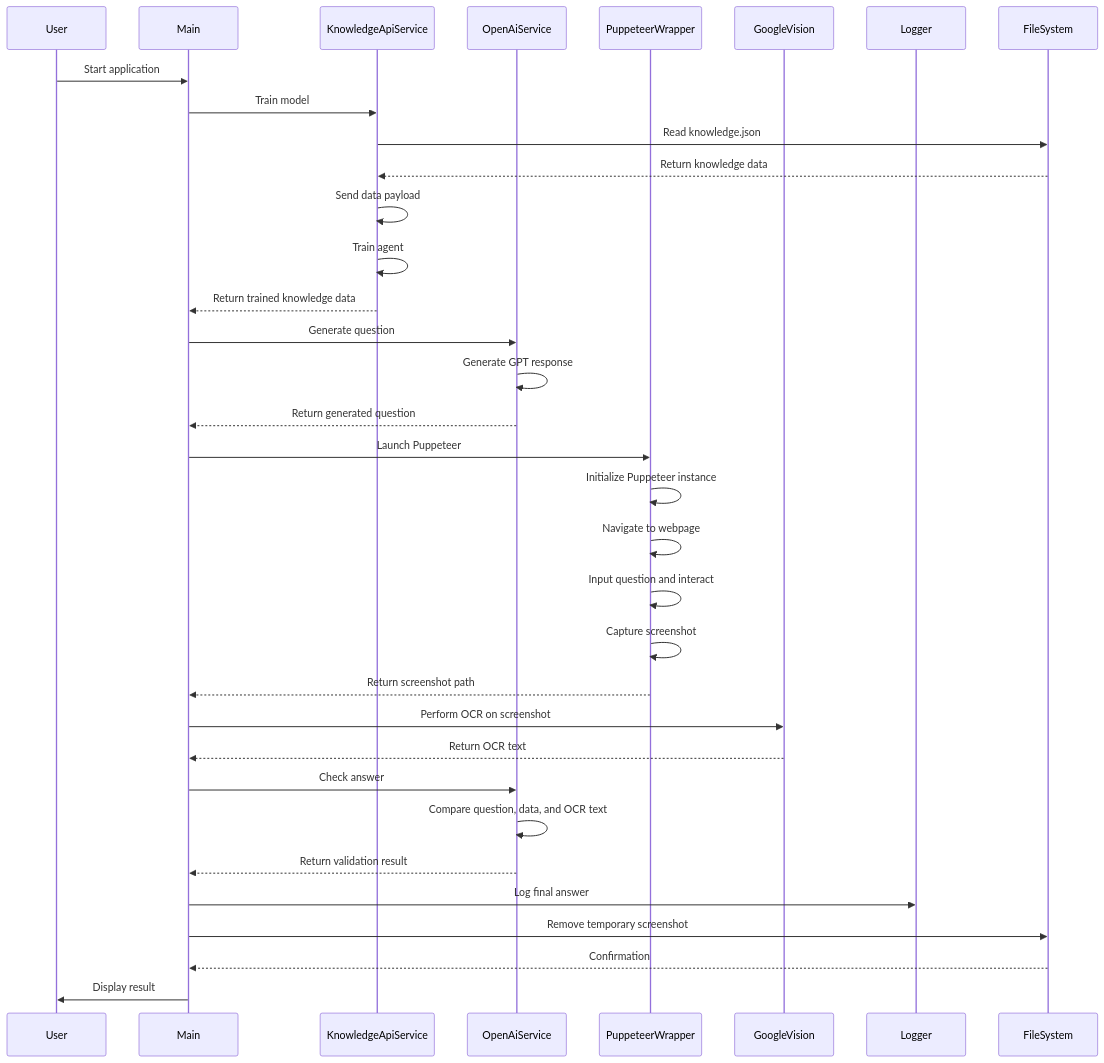
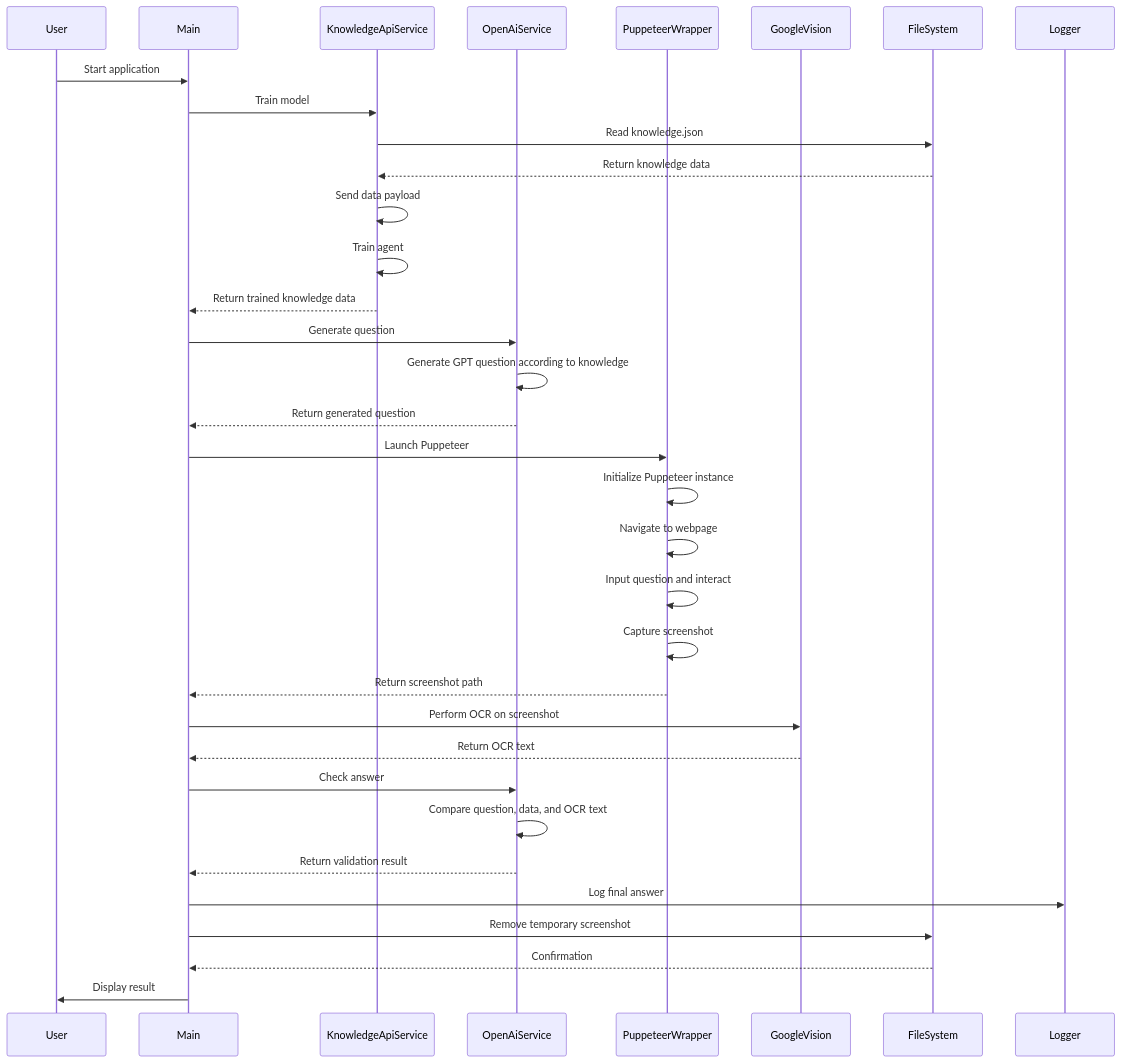
One commit to ardium-pl/OneReach changed the diagram in README.md. Above: the diagram before and after it, drawn with Mermaid.

````diff
--- a/README.md
+++ b/README.md
@@ -6,43 +6,42 @@
 ```mermaid
 sequenceDiagram
     participant User
     participant Main
     participant KnowledgeApiService
     participant OpenAiService
     participant PuppeteerWrapper
     participant GoogleVision
-    participant Logger
     participant FileSystem
 
     User->>Main: Start application
     Main->>KnowledgeApiService: Train model
     KnowledgeApiService->>FileSystem: Read knowledge.json
     FileSystem-->>KnowledgeApiService: Return knowledge data
     KnowledgeApiService->>KnowledgeApiService: Send data payload
     KnowledgeApiService->>KnowledgeApiService: Train agent
     KnowledgeApiService-->>Main: Return trained knowledge data
 
     Main->>OpenAiService: Generate question
-    OpenAiService->>OpenAiService: Generate GPT response
+    OpenAiService->>OpenAiService: Generate GPT question according to knowledge
     OpenAiService-->>Main: Return generated question
 
     Main->>PuppeteerWrapper: Launch Puppeteer
     PuppeteerWrapper->>PuppeteerWrapper: Initialize Puppeteer instance
     PuppeteerWrapper->>PuppeteerWrapper: Navigate to webpage
     PuppeteerWrapper->>PuppeteerWrapper: Input question and interact
     PuppeteerWrapper->>PuppeteerWrapper: Capture screenshot
     PuppeteerWrapper-->>Main: Return screenshot path
 
     Main->>GoogleVision: Perform OCR on screenshot
     GoogleVision-->>Main: Return OCR text
 
     Main->>OpenAiService: Check answer
     OpenAiService->>OpenAiService: Compare question, data, and OCR text
     OpenAiService-->>Main: Return validation result
 
     Main->>Logger: Log final answer
     Main->>FileSystem: Remove temporary screenshot
     FileSystem-->>Main: Confirmation
     Main->>User: Display result
 
 ```
````
